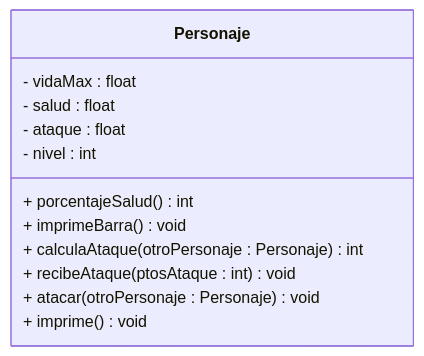
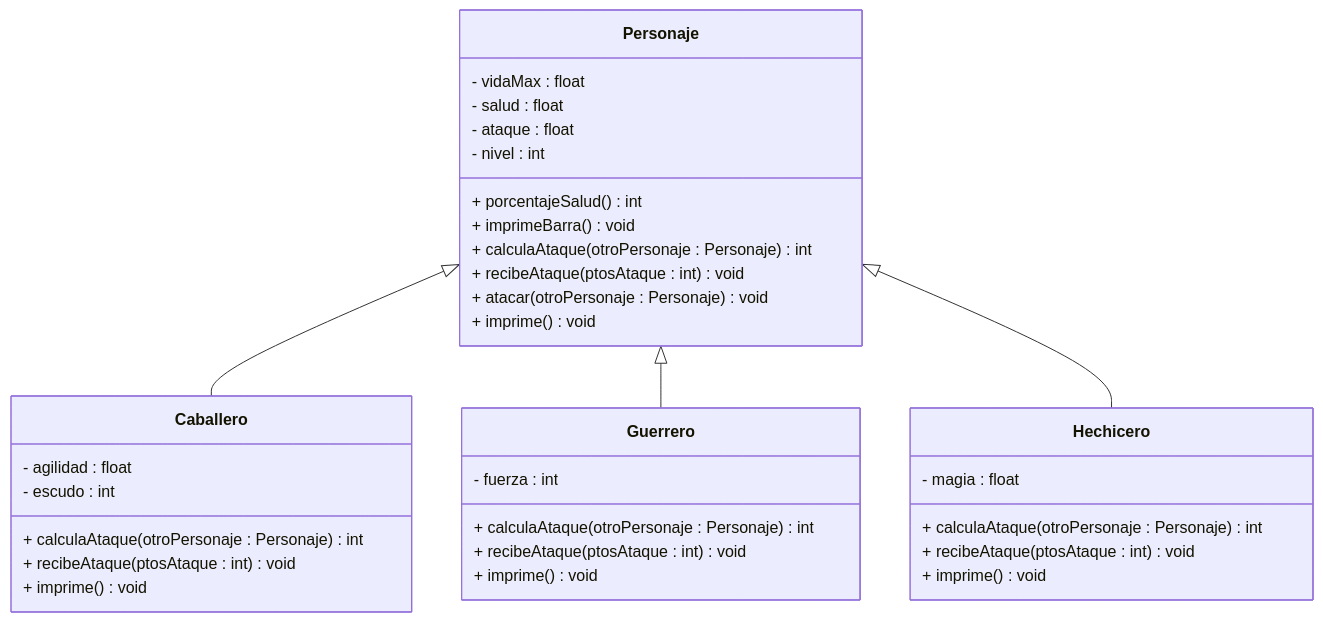
Before and after one commit to Aileen7542/Proyecto_A01277542: the diagram in READMECLASS.md, drawn with Mermaid. The commit also changed other lines of this file, not shown here.

Commit message:
Update UML diagram header and formatting

````diff
--- a/READMECLASS.md
+++ b/READMECLASS.md
@@ -3,16 +3,45 @@
 ```mermaid
 classDiagram
     class Personaje {
         - vidaMax : float
         - salud : float
         - ataque : float
         - nivel : int
 
         + porcentajeSalud() int
         + imprimeBarra() void
         + calculaAtaque(otroPersonaje : Personaje) int
         + recibeAtaque(ptosAtaque : int) void
         + atacar(otroPersonaje : Personaje) void
         + imprime() void
     }
+
+    class Caballero {
+        - agilidad : float
+        - escudo : int
+
+        + calculaAtaque(otroPersonaje : Personaje) int
+        + recibeAtaque(ptosAtaque : int) void
+        + imprime() void
+    }
+
+    class Guerrero {
+        - fuerza : int
+
+        + calculaAtaque(otroPersonaje : Personaje) int
+        + recibeAtaque(ptosAtaque : int) void
+        + imprime() void
+    }
+
+    class Hechicero {
+        - magia : float
+
+        + calculaAtaque(otroPersonaje : Personaje) int
+        + recibeAtaque(ptosAtaque : int) void
+        + imprime() void
+    }
+
+    Personaje <|-- Caballero
+    Personaje <|-- Guerrero
+    Personaje <|-- Hechicero
 ```
````
